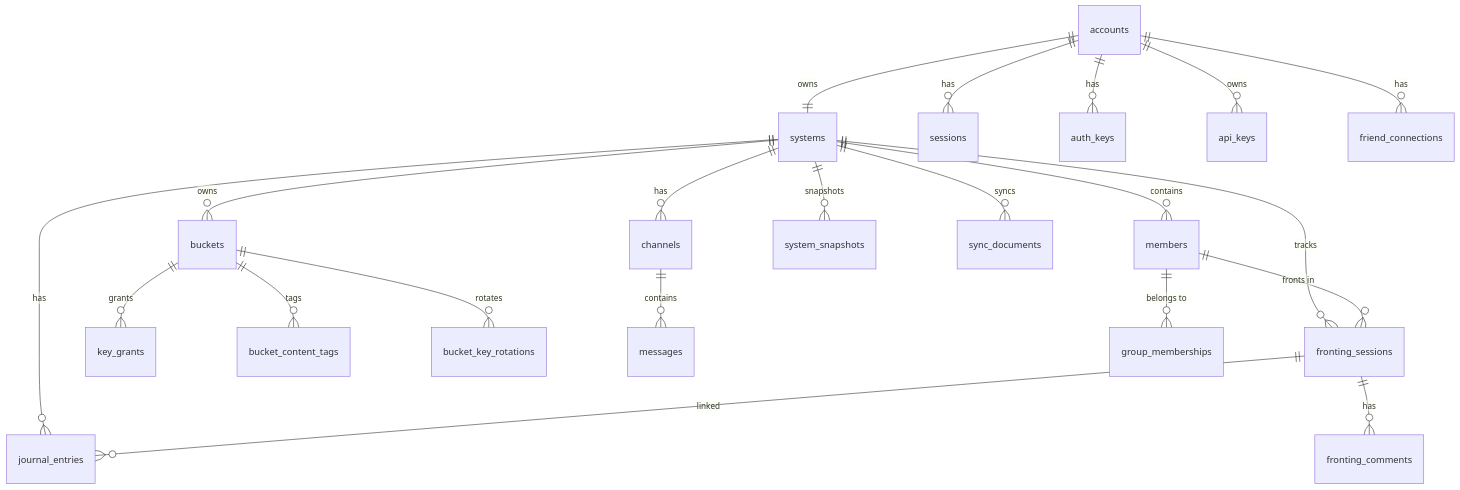
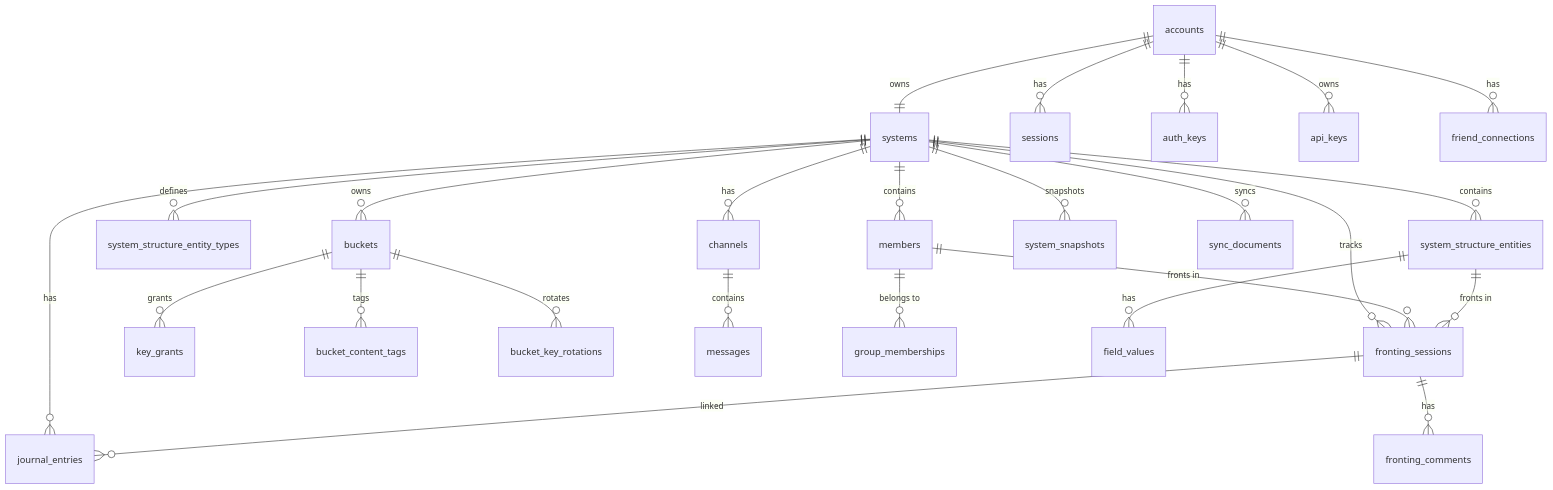
Before and after one commit to ThePrismSystem/pluralscape-mono: diagram 21 of 21 in docs/database-schema.md, drawn with Mermaid. The commit also changed other lines of this file and 16 other files, not shown here.

First line of the commit message:
docs: update documentation for structure entity refactor (#239)

````diff
--- a/docs/database-schema.md
+++ b/docs/database-schema.md
@@ -1087,23 +1107,27 @@
 ```mermaid
 erDiagram
     accounts ||--|| systems : "owns"
     accounts ||--o{ sessions : "has"
     accounts ||--o{ auth_keys : "has"
     accounts ||--o{ api_keys : "owns"
     accounts ||--o{ friend_connections : "has"
     systems ||--o{ members : "contains"
+    systems ||--o{ system_structure_entity_types : "defines"
+    systems ||--o{ system_structure_entities : "contains"
     systems ||--o{ buckets : "owns"
     systems ||--o{ fronting_sessions : "tracks"
     systems ||--o{ channels : "has"
     systems ||--o{ journal_entries : "has"
     systems ||--o{ system_snapshots : "snapshots"
     systems ||--o{ sync_documents : "syncs"
     buckets ||--o{ key_grants : "grants"
     buckets ||--o{ bucket_content_tags : "tags"
     buckets ||--o{ bucket_key_rotations : "rotates"
     fronting_sessions ||--o{ fronting_comments : "has"
     fronting_sessions ||--o{ journal_entries : "linked"
     channels ||--o{ messages : "contains"
     members ||--o{ group_memberships : "belongs to"
     members ||--o{ fronting_sessions : "fronts in"
+    system_structure_entities ||--o{ fronting_sessions : "fronts in"
+    system_structure_entities ||--o{ field_values : "has"
 ```
````
